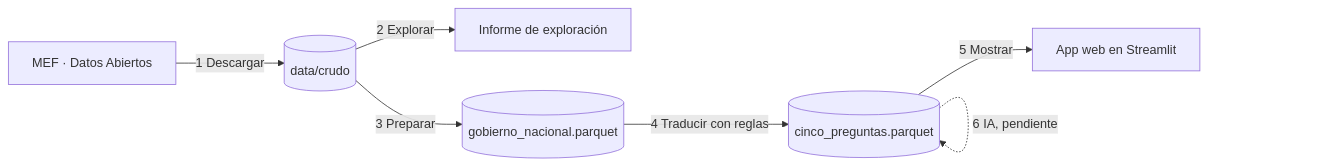
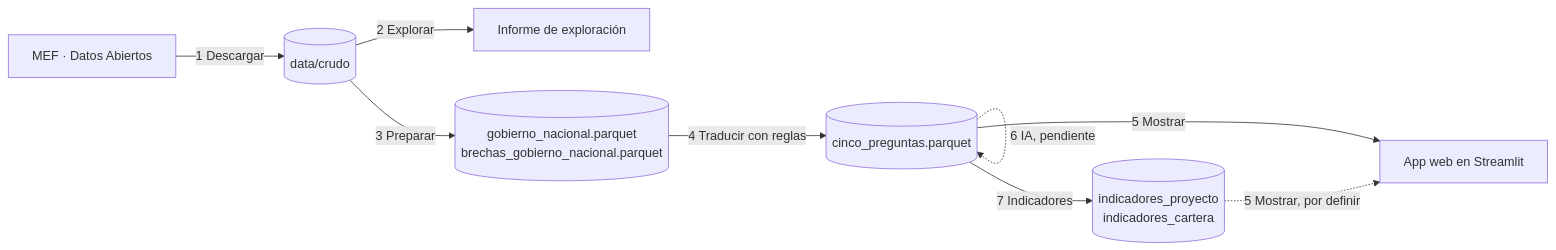
Before and after one commit to diegosimemirror/tarea5: the diagram in docs/mapa_de_procesos.md, drawn with Mermaid. The commit also changed other lines of this file and 8 other files, not shown here.

First line of the commit message:
Proceso 7: indicadores de cartera (brecha, presupuesto pendiente, desviación del costo, problemas, financiamiento y atraso)

````diff
--- a/docs/mapa_de_procesos.md
+++ b/docs/mapa_de_procesos.md
@@ -15,9 +16,11 @@
 ```mermaid
 flowchart LR
   A[MEF · Datos Abiertos] -->|1 Descargar| B[(data/crudo)]
   B -->|2 Explorar| C[Informe de exploración]
-  B -->|3 Preparar| D[(gobierno_nacional.parquet)]
+  B -->|3 Preparar| D[(gobierno_nacional.parquet<br>brechas_gobierno_nacional.parquet)]
   D -->|4 Traducir con reglas| E[(cinco_preguntas.parquet)]
   E -.->|6 IA, pendiente| E
+  E -->|7 Indicadores| G[(indicadores_proyecto<br>indicadores_cartera)]
   E -->|5 Mostrar| F[App web en Streamlit]
+  G -.->|5 Mostrar, por definir| F
 ```
````
